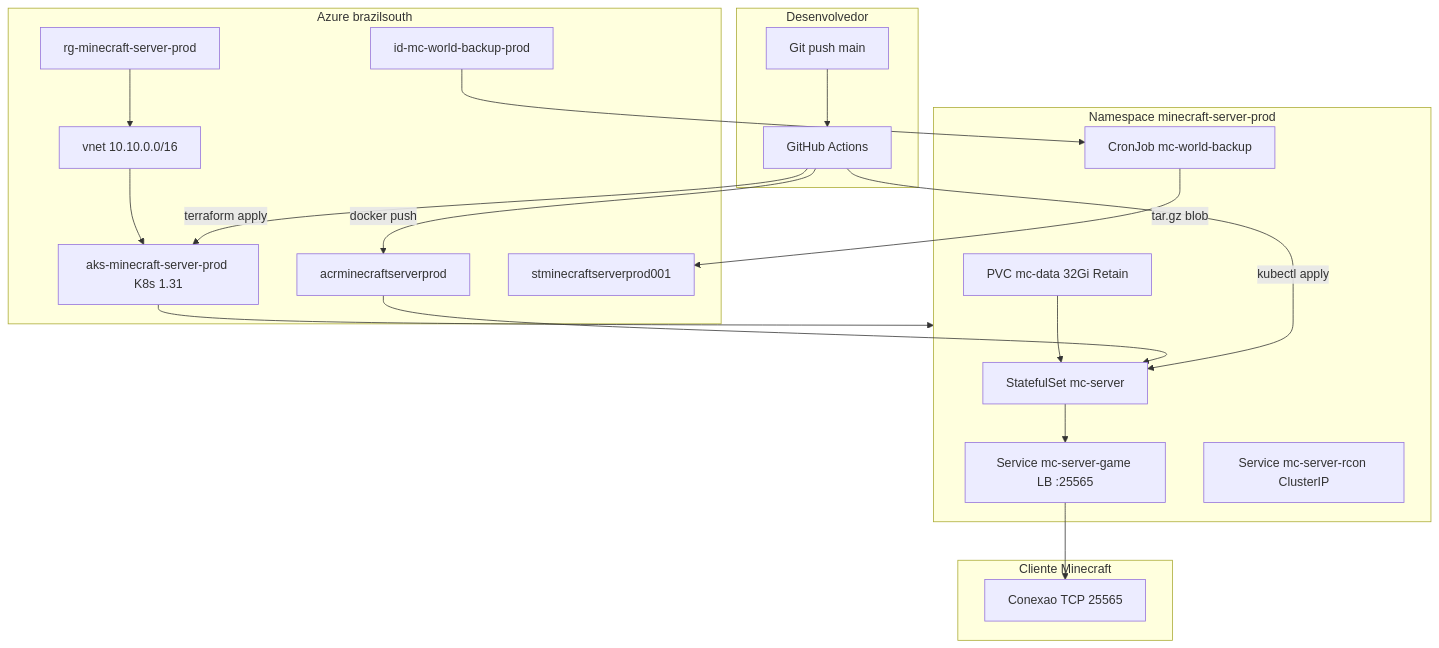
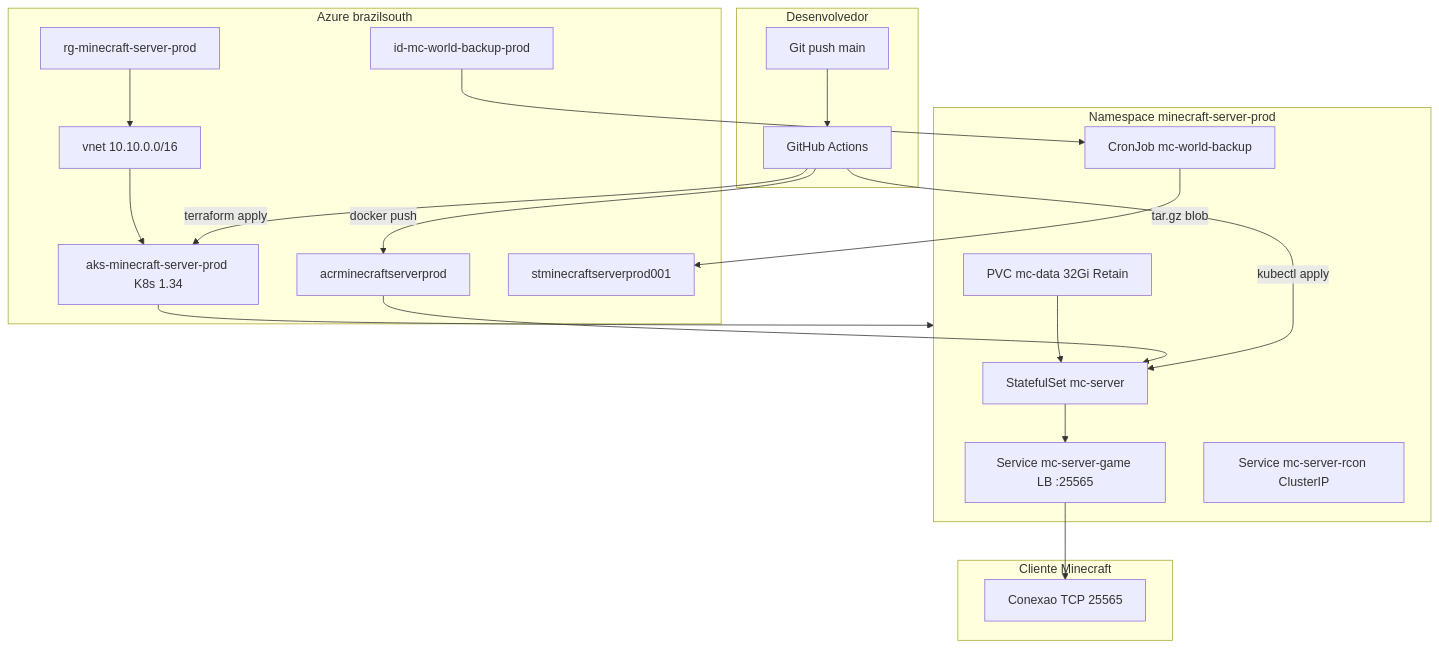
One commit to victorh-silveira/minecraft-core-server changed the first of 2 diagrams in docs/architecture.md. Above: the diagram before and after it, drawn with Mermaid. The commit also changed other lines of this file and 9 other files, not shown here.

````diff
--- a/docs/architecture.md
+++ b/docs/architecture.md
@@ -7,38 +7,38 @@
 ```mermaid
 flowchart TB
   subgraph dev [Desenvolvedor]
     git[Git push main]
     gh[GitHub Actions]
   end
   subgraph azure [Azure brazilsouth]
     rg[rg-minecraft-server-prod]
     vnet[vnet 10.10.0.0/16]
-    aks[aks-minecraft-server-prod K8s 1.31]
+    aks[aks-minecraft-server-prod K8s 1.34]
     acr[acrminecraftserverprod]
     st[stminecraftserverprod001]
     id[id-mc-world-backup-prod]
   end
   subgraph k8s [Namespace minecraft-server-prod]
     sts[StatefulSet mc-server]
     pvc[PVC mc-data 32Gi Retain]
     svcLB[Service mc-server-game LB :25565]
     svcRCON[Service mc-server-rcon ClusterIP]
     cron[CronJob mc-world-backup]
   end
   subgraph jogador [Cliente Minecraft]
     client[Conexao TCP 25565]
   end
   git --> gh
   gh -->|terraform apply| aks
   gh -->|docker push| acr
   gh -->|kubectl apply| sts
   acr --> sts
   pvc --> sts
   sts --> svcLB
   svcLB --> client
   cron -->|tar.gz blob| st
   id --> cron
   aks --> k8s
   rg --> vnet
   vnet --> aks
 ```
````
